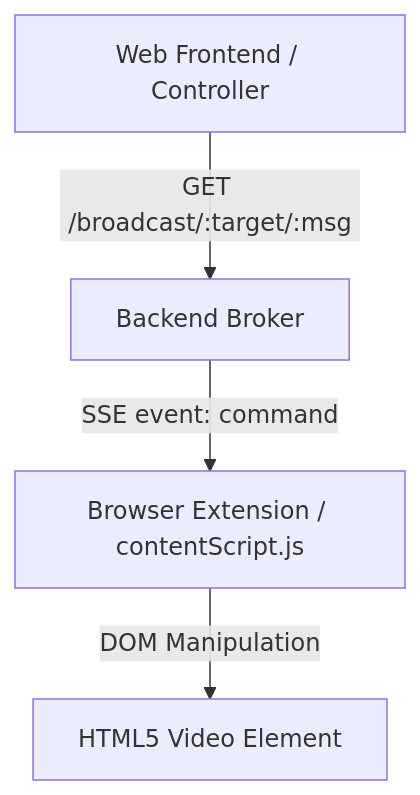
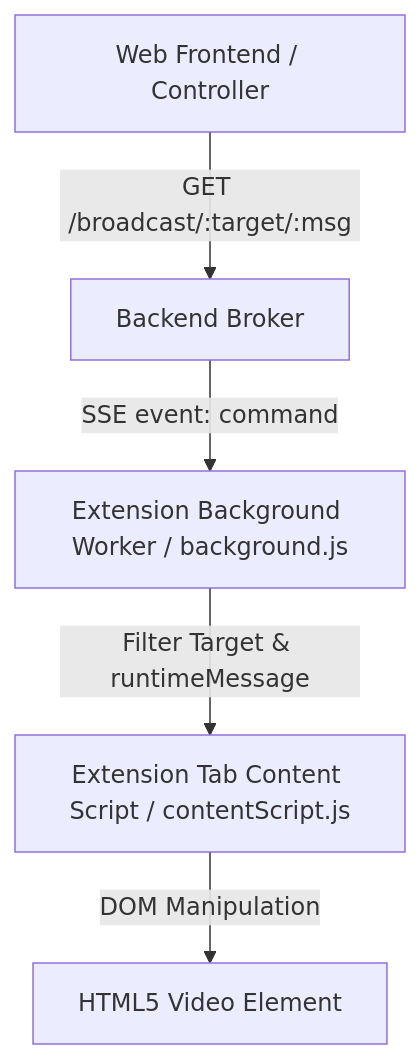
One commit to TimsGarage/remote-video-control changed the diagram in README.md. Above: the diagram before and after it, drawn with Mermaid. The commit also changed other lines of this file and 10 other files, not shown here.

````diff
--- a/README.md
+++ b/README.md
@@ -14,6 +14,7 @@
 ```mermaid
 graph TD
     UI[Web Frontend / Controller] -->|GET /broadcast/:target/:msg| BE[Backend Broker]
-    BE -->|SSE event: command| Ext[Browser Extension / contentScript.js]
-    Ext -->|DOM Manipulation| Video[HTML5 Video Element]
+    BE -->|SSE event: command| ExtBG[Extension Background Worker / background.js]
+    ExtBG -->|Filter Target & runtimeMessage| ExtCS[Extension Tab Content Script / contentScript.js]
+    ExtCS -->|DOM Manipulation| Video[HTML5 Video Element]
 ```
````
